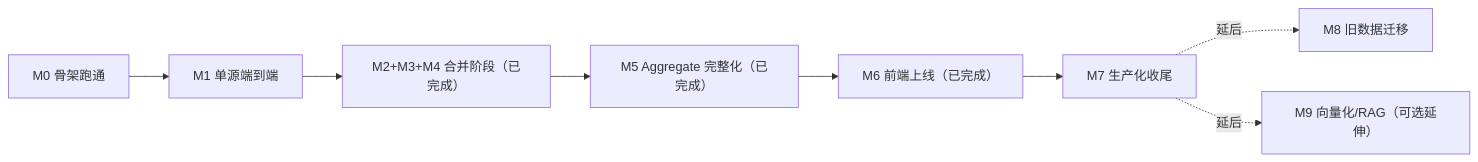
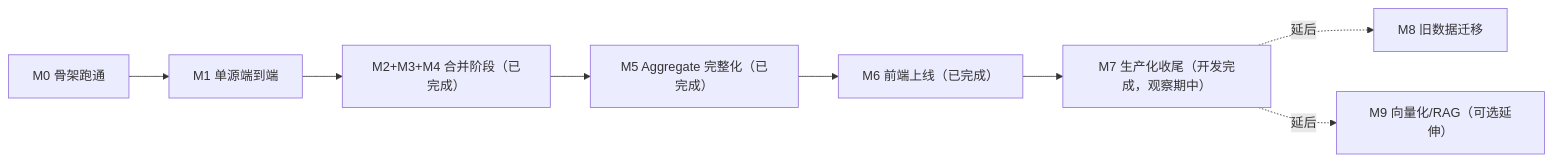
One commit to SkyJourney/ainews-project changed the diagram in docs/milestones/README.md. Above: the diagram before and after it, drawn with Mermaid. The commit also changed other lines of this file and 16 other files, not shown here.

````diff
--- a/docs/milestones/README.md
+++ b/docs/milestones/README.md
@@ -7,10 +7,10 @@
 ```mermaid
 flowchart LR
     M0[M0 骨架跑通] --> M1[M1 单源端到端]
     M1 --> M234["M2+M3+M4 合并阶段（已完成）"]
     M234 --> M5["M5 Aggregate 完整化（已完成）"]
     M5 --> M6["M6 前端上线（已完成）"]
-    M6 --> M7[M7 生产化收尾]
+    M6 --> M7["M7 生产化收尾（开发完成，观察期中）"]
     M7 -.延后.-> M8[M8 旧数据迁移]
     M7 -.延后.-> M9["M9 向量化/RAG（可选延伸）"]
 ```
````
